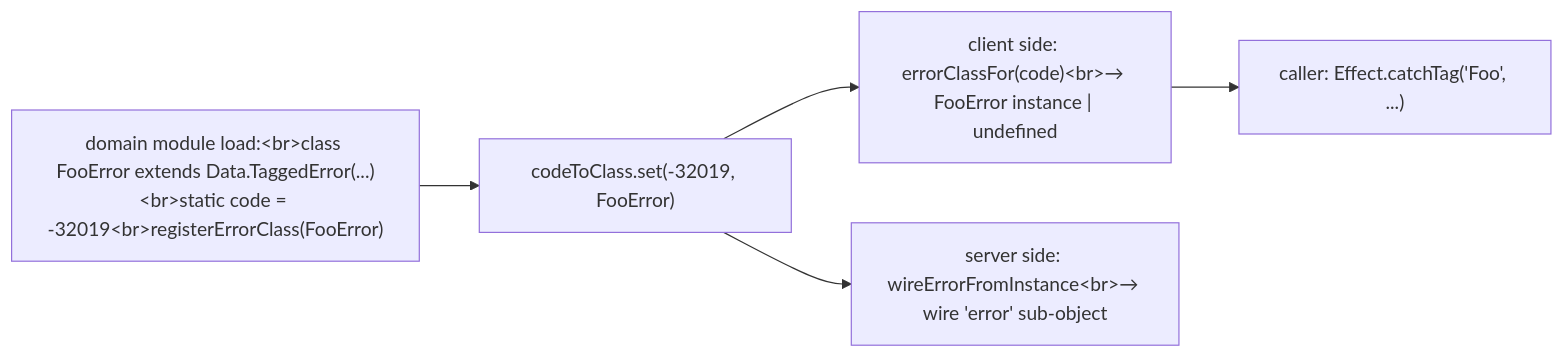
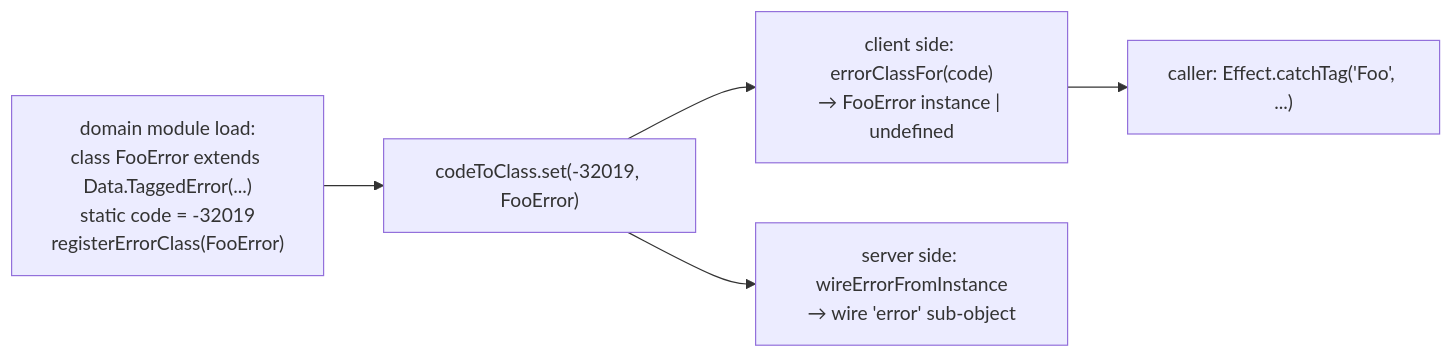
Before and after one commit to chughtapan/moltzap: the third of 3 diagrams in packages/protocol/src/transport/MODULE.md, drawn with Mermaid. The commit also changed other lines of this file and 33 other files, not shown here.

First line of the commit message:
docs(mermaid): use literal <br> in JSDoc sequence/state diagrams; drop dead inferConversationType test

````diff
--- a/packages/protocol/src/transport/MODULE.md
+++ b/packages/protocol/src/transport/MODULE.md
@@ -846,8 +846,8 @@
 ```mermaid
 flowchart LR
-  A["domain module load:&lt;br>class FooError extends Data.TaggedError(...)&lt;br>static code = -32019&lt;br>registerErrorClass(FooError)"]
+  A["domain module load:<br>class FooError extends Data.TaggedError(...)<br>static code = -32019<br>registerErrorClass(FooError)"]
   A --> B["codeToClass.set(-32019, FooError)"]
-  B --> C["client side: errorClassFor(code)&lt;br>→ FooError instance | undefined"]
+  B --> C["client side: errorClassFor(code)<br>→ FooError instance | undefined"]
   C --> D["caller: Effect.catchTag('Foo', ...)"]
-  B --> E["server side: wireErrorFromInstance&lt;br>→ wire 'error' sub-object"]
+  B --> E["server side: wireErrorFromInstance<br>→ wire 'error' sub-object"]
 ```
````
